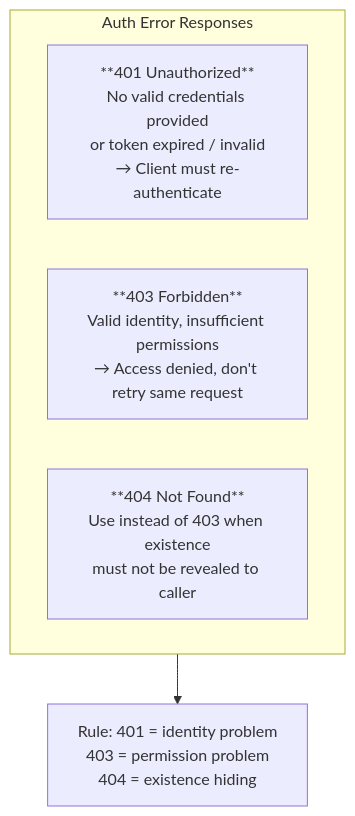
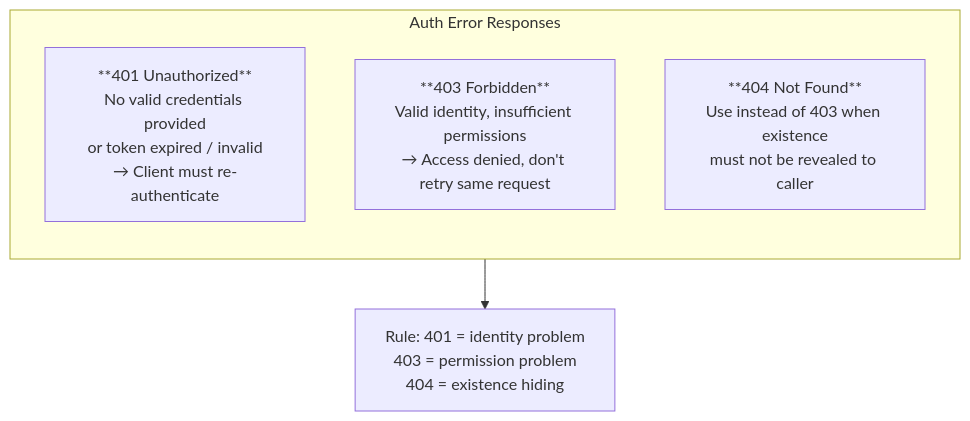
One commit to romangurevitch/GoTraining changed the eighth of 8 diagrams in internal/fundamentals/security-and-observability/01-authn-authz.md. Above: the diagram before and after it, drawn with Mermaid. The commit also changed other lines of this file and 20 other files, not shown here.

````diff
--- a/internal/fundamentals/security-and-observability/01-authn-authz.md
+++ b/internal/fundamentals/security-and-observability/01-authn-authz.md
@@ -261,11 +265,12 @@
 ```mermaid
-graph TB
+graph TD
     subgraph Codes["Auth Error Responses"]
+        direction TB
         C401["**401 Unauthorized**<br/>No valid credentials provided<br/>or token expired / invalid<br/>→ Client must re-authenticate"]
         C403["**403 Forbidden**<br/>Valid identity, insufficient permissions<br/>→ Access denied, don't retry same request"]
         C404["**404 Not Found**<br/>Use instead of 403 when existence<br/>must not be revealed to caller"]
     end
 
     RULE["Rule: 401 = identity problem<br/>403 = permission problem<br/>404 = existence hiding"]
     Codes --> RULE
 ```
````
